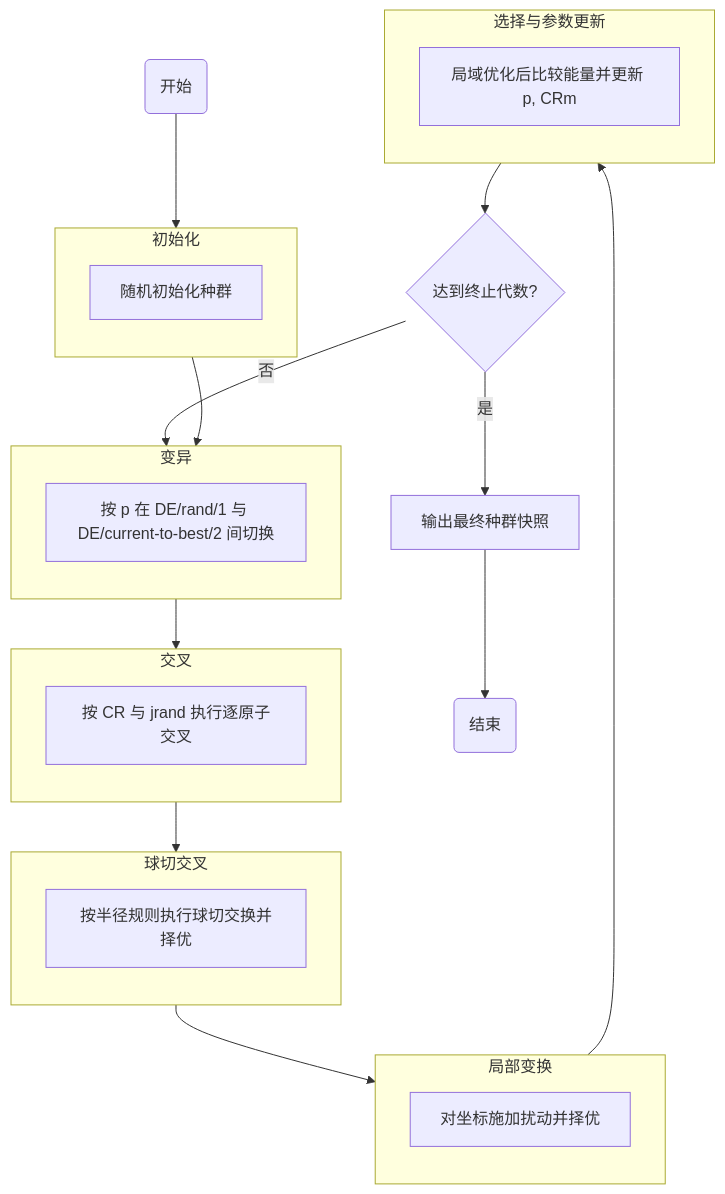
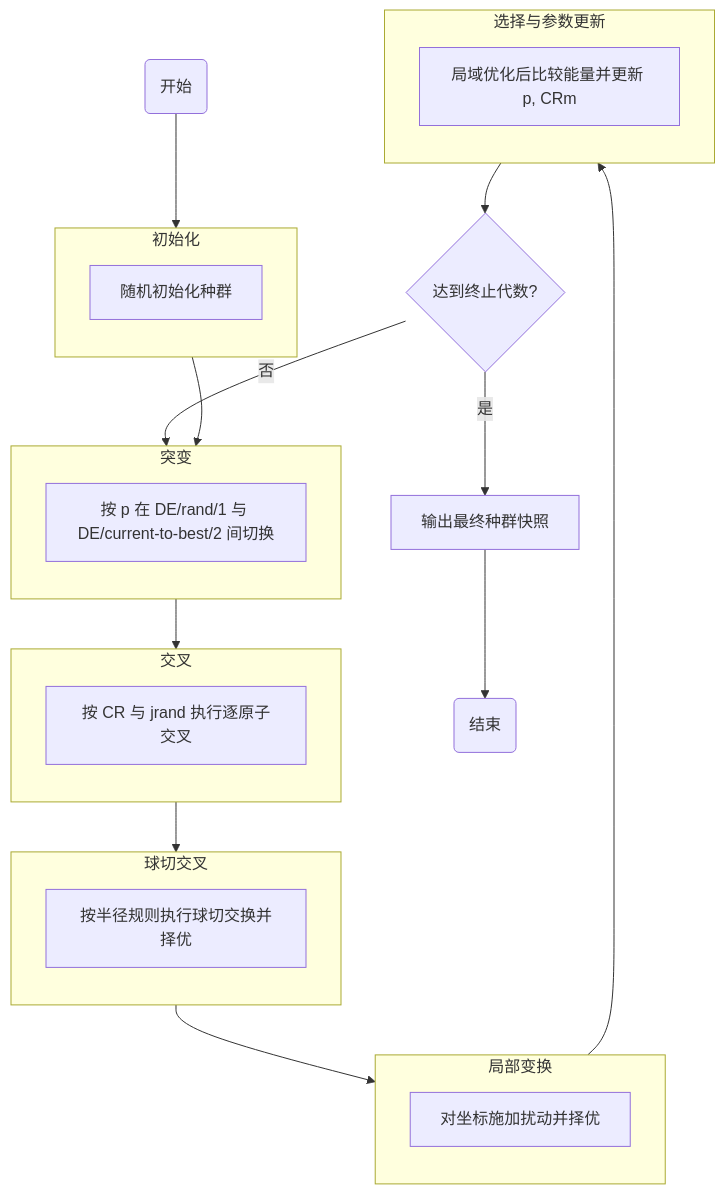
Before and after one commit to Yinjie1/SaNSDE: the diagram in README.md, drawn with Mermaid. The commit also changed other lines of this file, not shown here.

````diff
--- a/README.md
+++ b/README.md
@@ -25,49 +25,49 @@
 ```mermaid
 graph TD
     Start(开始) --> InitNode
 
     subgraph Initialization [初始化]
         direction TB
         InitNode[随机初始化种群]
     end
 
     InitNode --> MutNode
 
-    subgraph Mutation [变异]
+    subgraph Mutation [突变]
         direction TB
         MutNode[按 p 在 DE/rand/1 与 DE/current-to-best/2 间切换]
     end
 
     MutNode --> CrossNode
 
     subgraph Crossover [交叉]
         direction TB
         CrossNode[按 CR 与 jrand 执行逐原子交叉]
     end
 
     CrossNode --> SpliceNode
 
     subgraph SphereCut [球切交叉]
         direction TB
         SpliceNode[按半径规则执行球切交换并择优]
     end
 
     SpliceNode --> LTransNode
 
     subgraph LocalTrans [局部变换]
         direction TB
         LTransNode[对坐标施加扰动并择优]
     end
 
     LTransNode --> SelectNode
 
     subgraph Selection [选择与参数更新]
         direction TB
         SelectNode[局域优化后比较能量并更新 p, CRm]
     end
 
     SelectNode --> Decision{达到终止代数?}
     Decision -- 否 --> MutNode
     Decision -- 是 --> OutputNode[输出最终种群快照]
     OutputNode --> End(结束)
 ```
````
